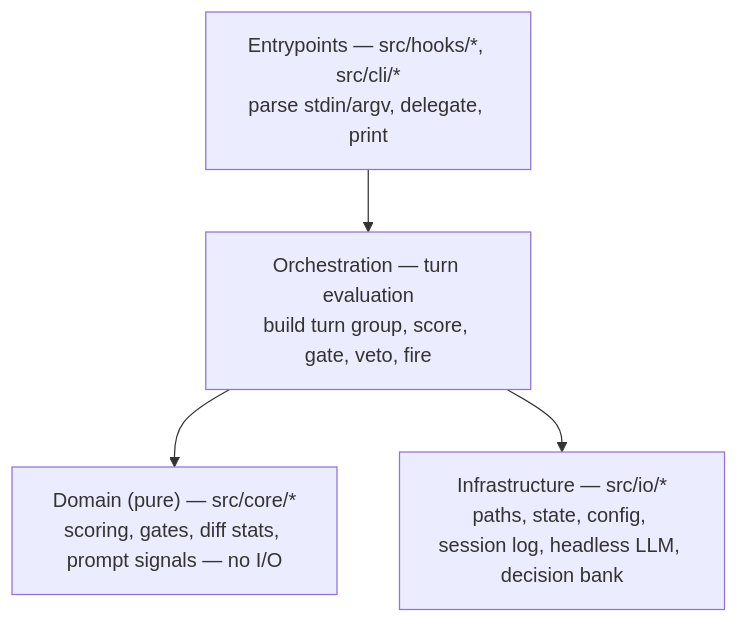
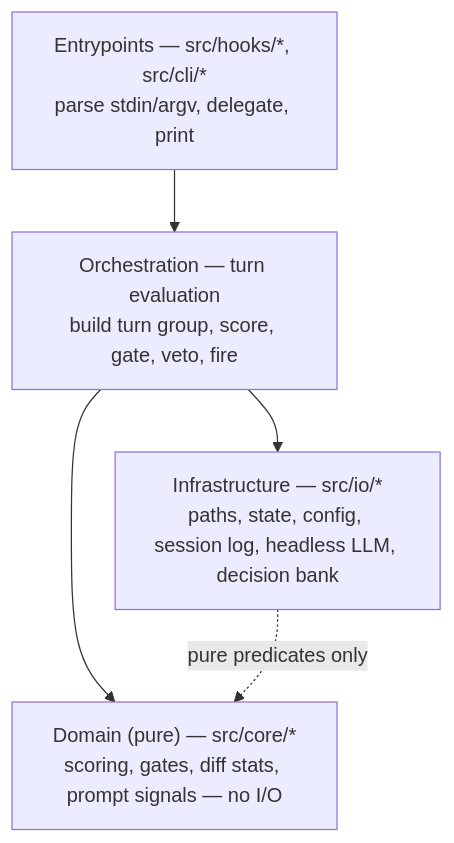
Before and after one commit to marcindobrzynski-dev/stoic-stack-plugin: the first of 2 diagrams in thoughts/shared/.project/architecture.md, drawn with Mermaid. The commit also changed other lines of this file and 8 other files, not shown here.

````diff
--- a/thoughts/shared/.project/architecture.md
+++ b/thoughts/shared/.project/architecture.md
@@ -60,8 +60,9 @@
 ```mermaid
 graph TD
     E["Entrypoints — src/hooks/*, src/cli/*<br/>parse stdin/argv, delegate, print"] --> O
     O["Orchestration — turn evaluation<br/>build turn group, score, gate, veto, fire"] --> D
     O --> I
     D["Domain (pure) — src/core/*<br/>scoring, gates, diff stats, prompt signals — no I/O"]
     I["Infrastructure — src/io/*<br/>paths, state, config, session log, headless LLM, decision bank"]
+    I -. "pure predicates only" .-> D
 ```
````
